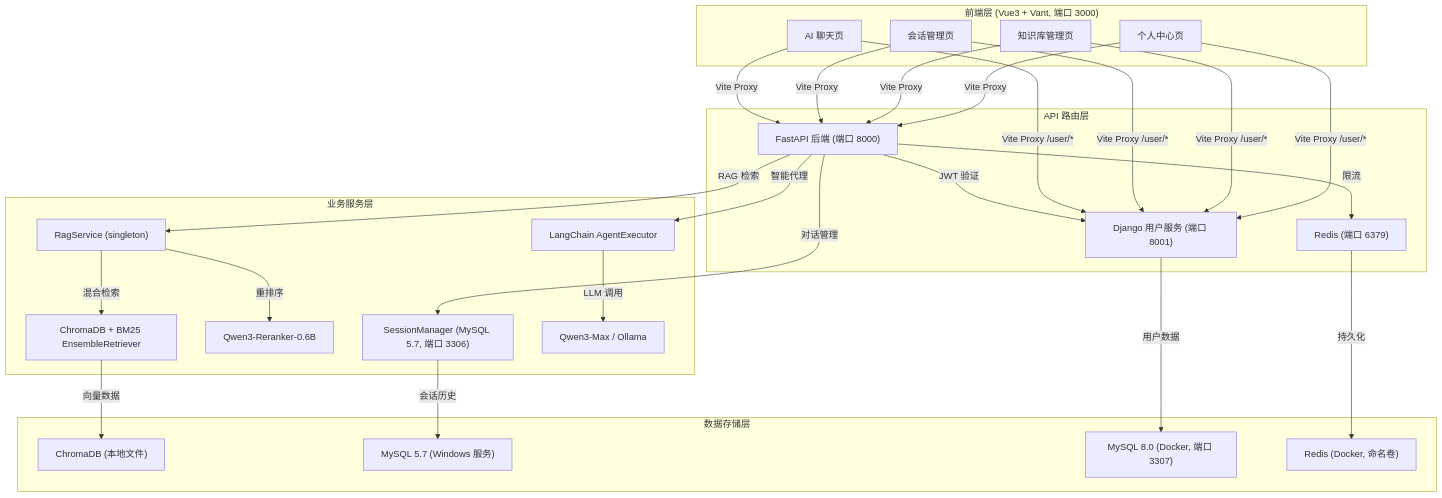
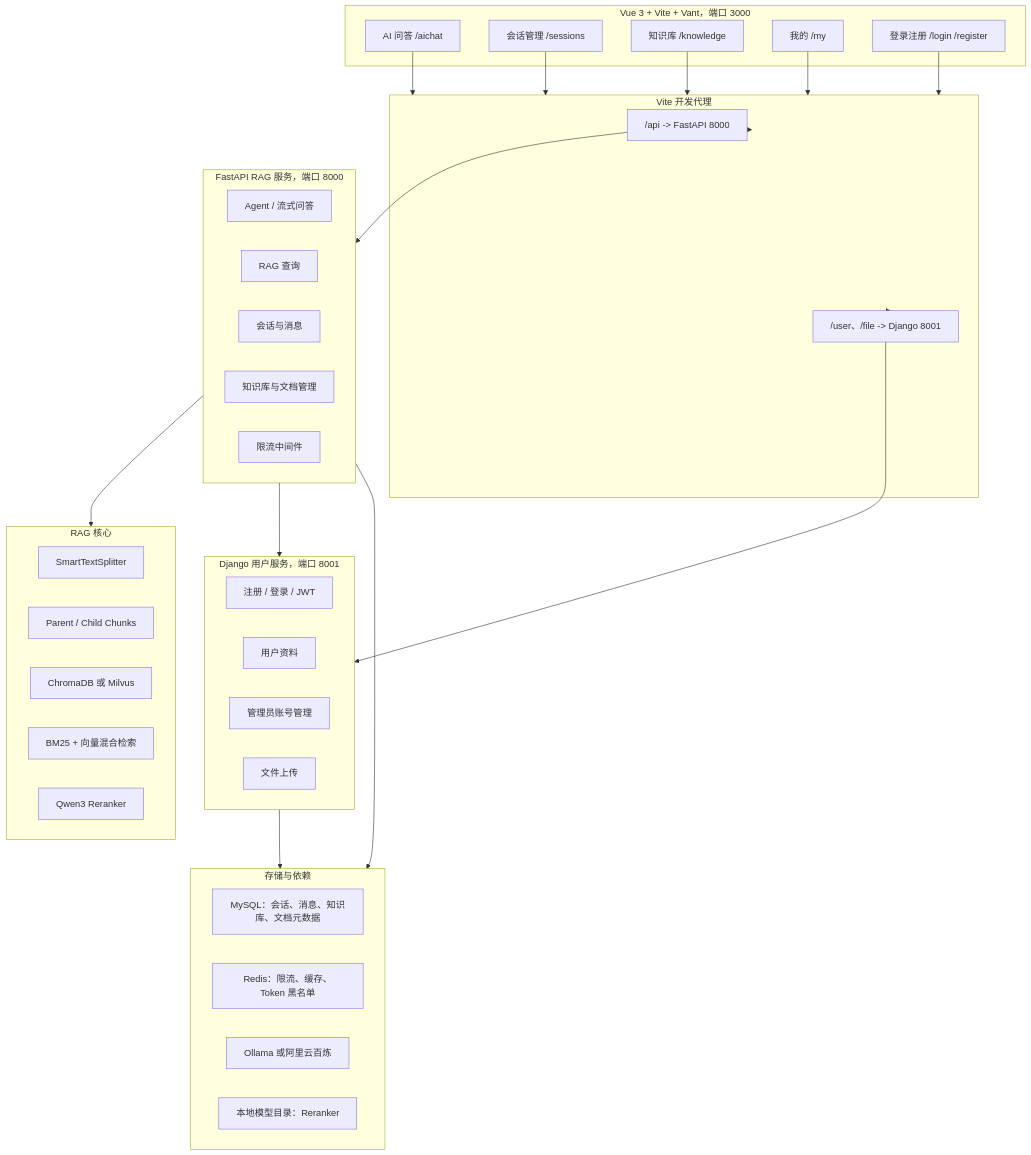
One commit to yinhanxy/agent_project changed the diagram in README.md. Above: the diagram before and after it, drawn with Mermaid. The commit also changed other lines of this file, not shown here.

````diff
--- a/README.md
+++ b/README.md
@@ -48,35 +39,53 @@
 ```mermaid
 flowchart TD
-    subgraph "前端层 (Vue3 + Vant, 端口 3000)"
-        A["AI 聊天页"] 
-        B["会话管理页"]
-        C["知识库管理页"]
-        D["个人中心页"]
+    subgraph Frontend["Vue 3 + Vite + Vant，端口 3000"]
+        A["AI 问答 /aichat"]
+        B["会话管理 /sessions"]
+        C["知识库 /knowledge"]
+        D["我的 /my"]
+        E["登录注册 /login /register"]
     end
 
-    subgraph "API 路由层"
-        E["FastAPI 后端 (端口 8000)"]
-        F["Django 用户服务 (端口 8001)"]
-        E -->|JWT 验证| F
-        E -->|限流| G["Redis (端口 6379)"]
+    subgraph Gateway["Vite 开发代理"]
+        P1["/api -> FastAPI 8000"]
+        P2["/user、/file -> Django 8001"]
     end
 
-    subgraph "业务服务层"
-        E -->|RAG 检索| H["RagService (singleton)"]
-        H -->|混合检索| I["ChromaDB + BM25 EnsembleRetriever"]
-        H -->|重排序| J["Qwen3-Reranker-0.6B"]
-        E -->|对话管理| K["SessionManager (MySQL 5.7, 端口 3306)"]
-        E -->|智能代理| L["LangChain AgentExecutor"]
-        L -->|LLM 调用| M["Qwen3-Max / Ollama"]
+    subgraph FastAPI["FastAPI RAG 服务，端口 8000"]
+        F1["Agent / 流式问答"]
+        F2["RAG 查询"]
+        F3["会话与消息"]
+        F4["知识库与文档管理"]
+        F5["限流中间件"]
     end
 
-    subgraph "数据存储层"
-        I -->|向量数据| N["ChromaDB (本地文件)"]
-        K -->|会话历史| O["MySQL 5.7 (Windows 服务)"]
-        F -->|用户数据| P["MySQL 8.0 (Docker, 端口 3307)"]
-        G -->|持久化| Q["Redis (Docker, 命名卷)"]
+    subgraph RAG["RAG 核心"]
+        R1["SmartTextSplitter"]
+        R2["Parent / Child Chunks"]
+        R3["ChromaDB 或 Milvus"]
+        R4["BM25 + 向量混合检索"]
+        R5["Qwen3 Reranker"]
     end
 
-    A & B & C & D -->|Vite Proxy| E
-    A & B & C & D -->|Vite Proxy /user/*| F
+    subgraph UserService["Django 用户服务，端口 8001"]
+        U1["注册 / 登录 / JWT"]
+        U2["用户资料"]
+        U3["管理员账号管理"]
+        U4["文件上传"]
+    end
+
+    subgraph Storage["存储与依赖"]
+        S1["MySQL：会话、消息、知识库、文档元数据"]
+        S2["Redis：限流、缓存、Token 黑名单"]
+        S3["Ollama 或阿里云百炼"]
+        S4["本地模型目录：Reranker"]
+    end
+
+    A & B & C & D & E --> Gateway
+    Gateway --> P1 --> FastAPI
+    Gateway --> P2 --> UserService
+    FastAPI --> RAG
+    FastAPI --> UserService
+    FastAPI --> Storage
+    UserService --> Storage
 ```
````
